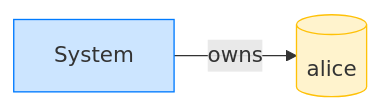
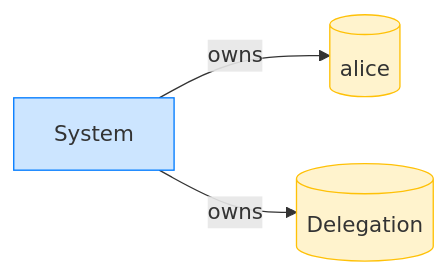
Diagram 12 of 12 in dsl_tests/revoke-a-recurring-delegation-across-versions.md (cds-rs/subscriptions), drawn with Mermaid before and after one commit. The commit also changed other lines of this file and 224 other files, not shown here.

````diff
--- a/dsl_tests/revoke-a-recurring-delegation-across-versions.md
+++ b/dsl_tests/revoke-a-recurring-delegation-across-versions.md
@@ -211,8 +220,10 @@
 ```mermaid
 flowchart LR
     classDef owner fill:#cce5ff,stroke:#007bff;
     classDef account fill:#fff3cd,stroke:#ffc107;
     System[System]:::owner
     alice[(alice)]:::account
+    Delegation[(Delegation)]:::account
     System -->|owns| alice
+    System -->|owns| Delegation
 ```
````
